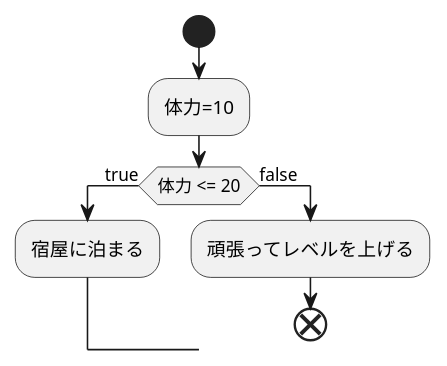
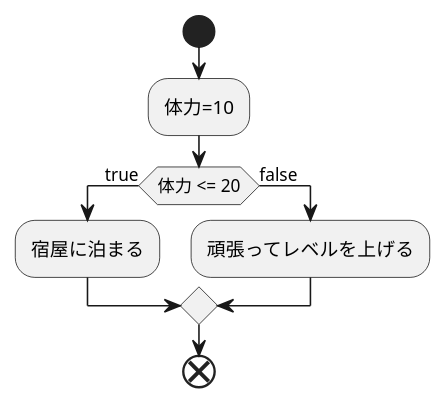
Before and after one commit to Aso2001018/2021sys_design: the diagram in kadai4_2.md, drawn with PlantUML.

````diff
--- a/kadai4_2.md
+++ b/kadai4_2.md
@@ -1,11 +1,12 @@
 ```uml
 @startuml
 start
 :体力=10;
 if (体力 <= 20) then (true)
 :宿屋に泊まる;
 else (false)
 :頑張ってレベルを上げる;
+endif
 end
 @enduml
 ```
````
